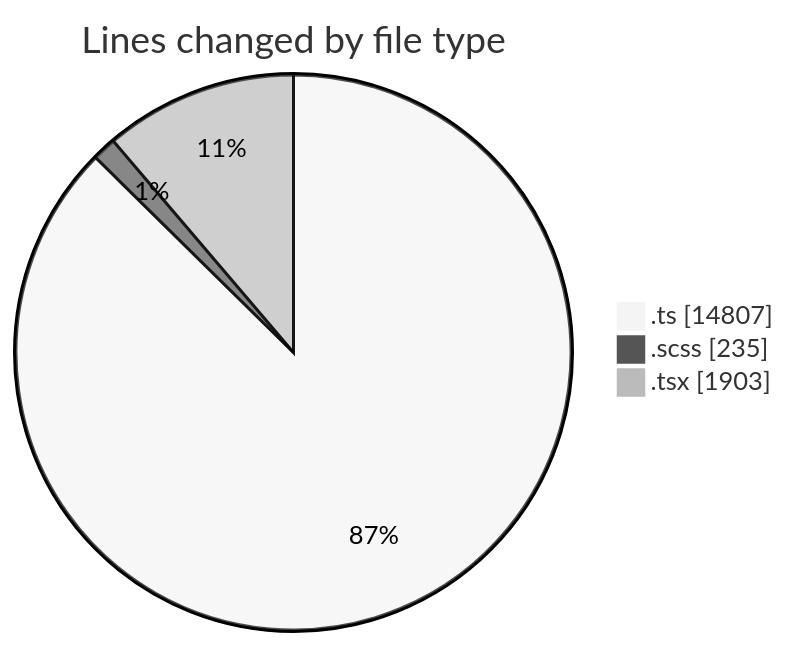
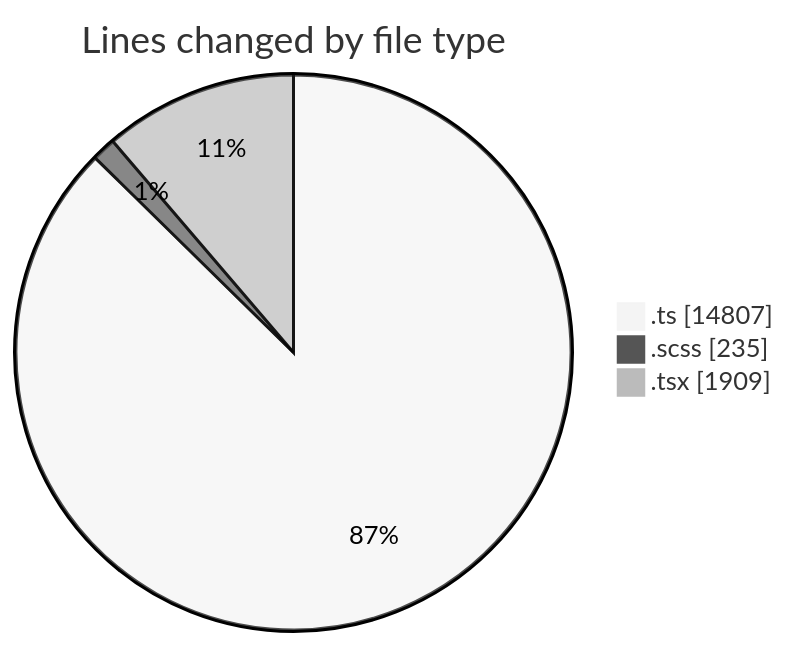
One commit to momahboobian/code-tracking changed the first of 2 diagrams in 2025-08-27/cda/README.md. Above: the diagram before and after it, drawn with Mermaid (neutral theme). The commit also changed other lines of this file and 1 other file, not shown here.

````diff
--- a/2025-08-27/cda/README.md
+++ b/2025-08-27/cda/README.md
@@ -31,7 +31,7 @@
 ```mermaid
 pie showData
 title Lines changed by file type
 ".ts" : 14807
 ".scss" : 235
-".tsx" : 1903
+".tsx" : 1909
 ```
````
